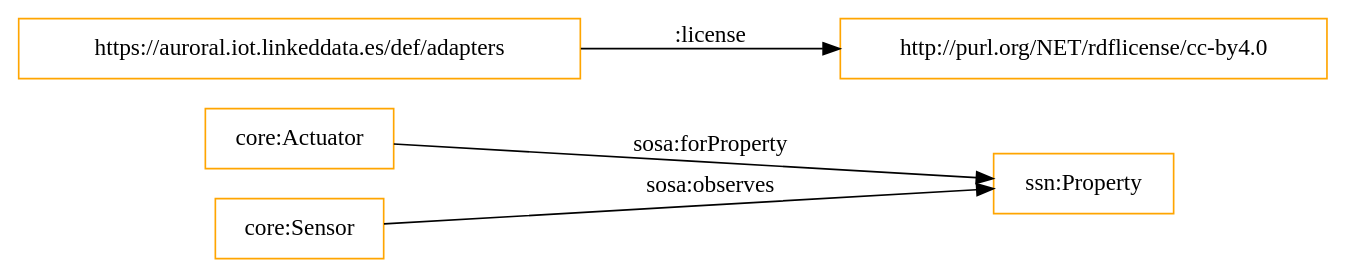
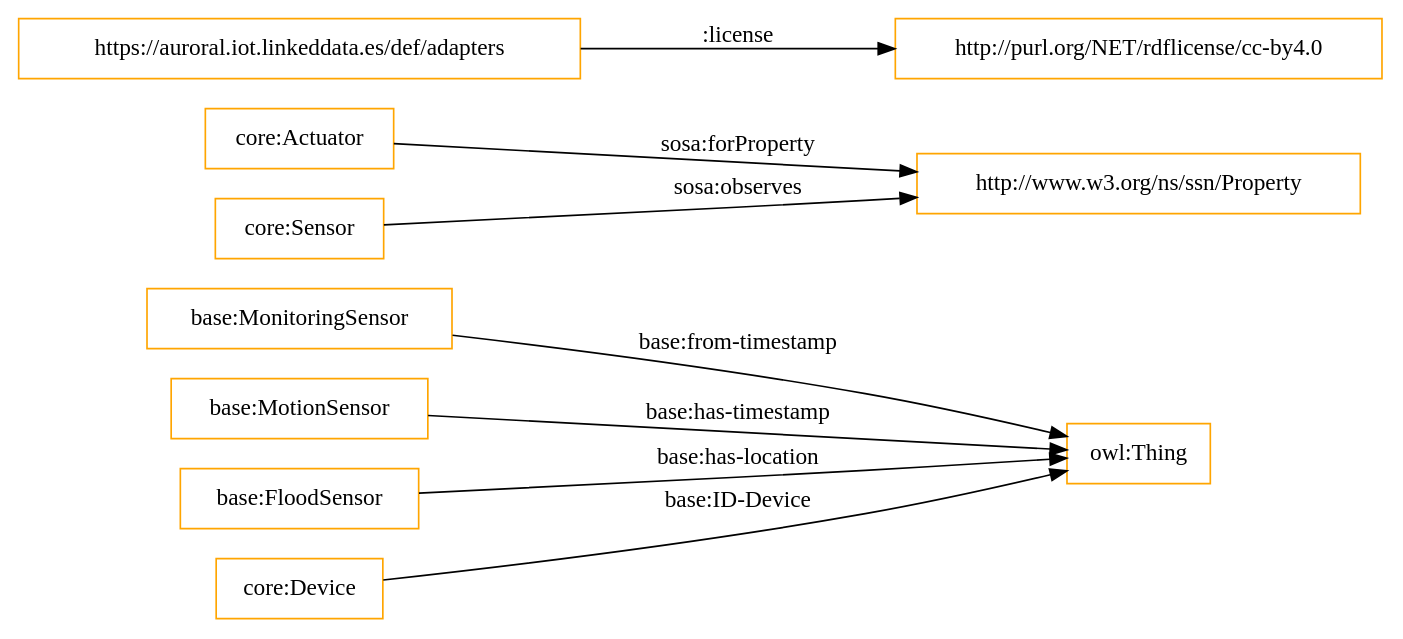
The diagram in OnToology/Ontology/adapters-ontology.owl/diagrams/ar2dtool-class/adapters-ontology.owl.png.dot (oeg-upm/auroral-adapters-ontology), drawn with Graphviz before and after one commit. The commit also changed 12 other files, not shown here.

```diff
--- a/OnToology/Ontology/adapters-ontology.owl/diagrams/ar2dtool-class/adapters-ontology.owl.png.dot
+++ b/OnToology/Ontology/adapters-ontology.owl/diagrams/ar2dtool-class/adapters-ontology.owl.png.dot
@@ -1,9 +1,13 @@
 digraph ar2dtool_diagram { 
 rankdir=LR;
 size="1501"
-node [shape = rectangle, color="orange"]; "ssn:Property" "core:Actuator" "core:Sensor" ; /*classes style*/
+node [shape = rectangle, color="orange"]; "base:MonitoringSensor" "core:Actuator" "base:MotionSensor" "http://www.w3.org/ns/ssn/Property" "base:FloodSensor" "core:Device" "core:Sensor" ; /*classes style*/
 	"https://auroral.iot.linkeddata.es/def/adapters" -> "http://purl.org/NET/rdflicense/cc-by4.0" [ label = ":license" ];
-	"core:Actuator" -> "ssn:Property" [ label = "sosa:forProperty" ];
-	"core:Sensor" -> "ssn:Property" [ label = "sosa:observes" ];
+	"core:Actuator" -> "http://www.w3.org/ns/ssn/Property" [ label = "sosa:forProperty" ];
+	"base:FloodSensor" -> "owl:Thing" [ label = "base:has-location" ];
+	"core:Sensor" -> "http://www.w3.org/ns/ssn/Property" [ label = "sosa:observes" ];
+	"base:MonitoringSensor" -> "owl:Thing" [ label = "base:from-timestamp" ];
+	"base:MotionSensor" -> "owl:Thing" [ label = "base:has-timestamp" ];
+	"core:Device" -> "owl:Thing" [ label = "base:ID-Device" ];
 
 }
```
